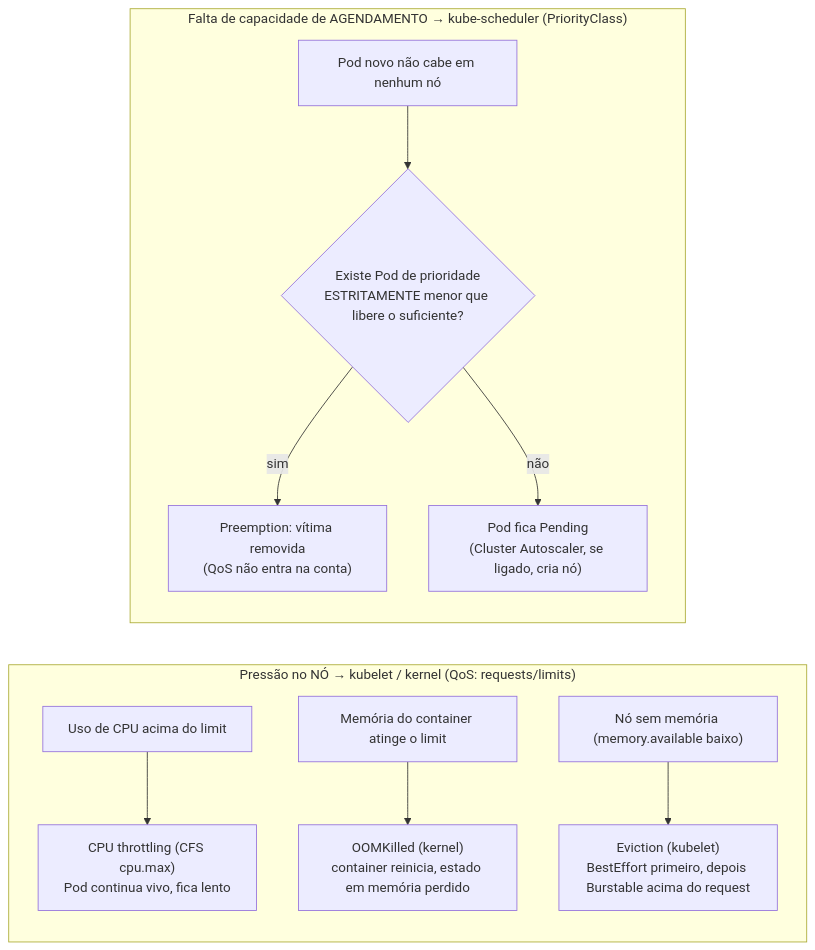
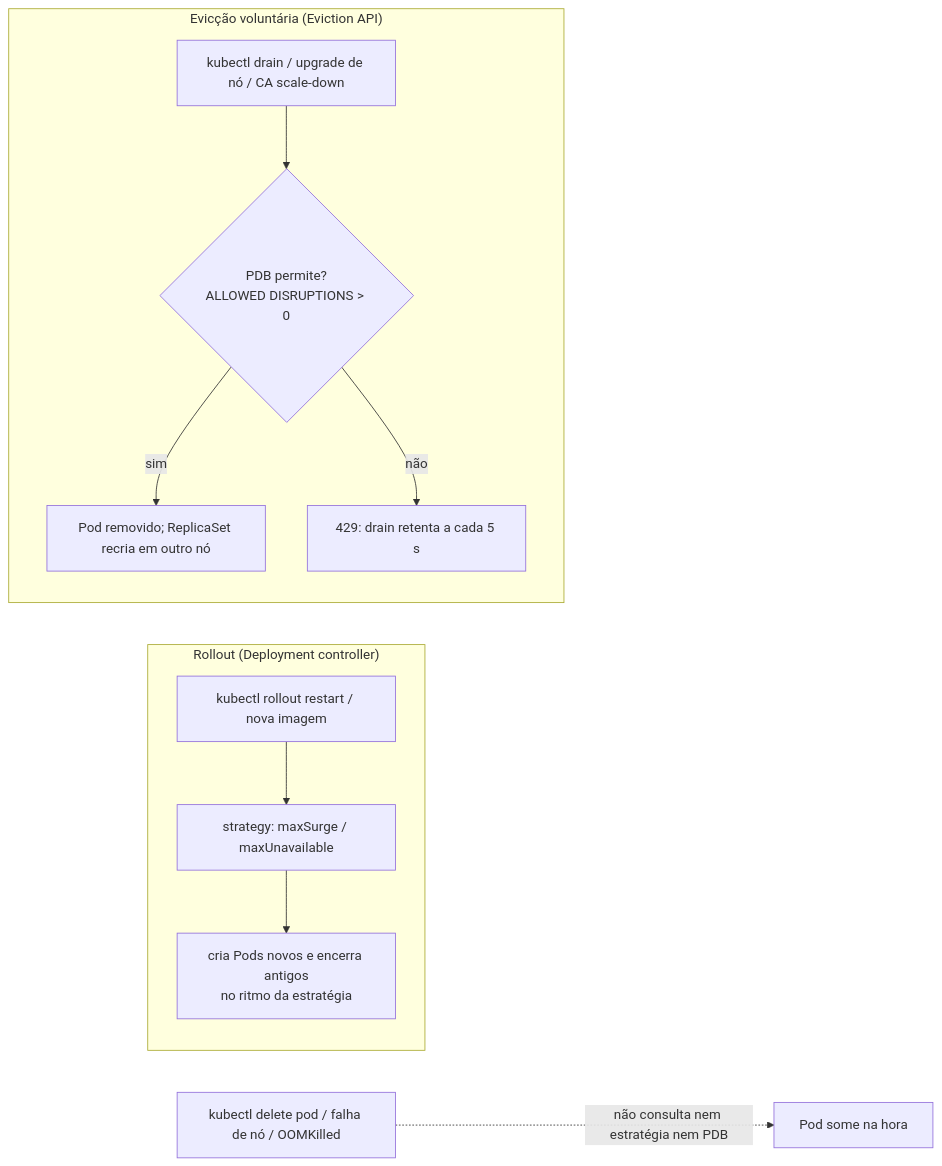
Before and after one commit to opsteam-sreday/workshop-k8s-reliability: the first of 6 diagrams in labs/lab-03/README.md, drawn with Mermaid. The commit also changed other lines of this file and 42 other files, not shown here.

````diff
--- a/labs/lab-03/README.md
+++ b/labs/lab-03/README.md
@@ -21,15 +22,13 @@
 ```mermaid
 flowchart LR
-    subgraph NODE["Pressão no NÓ → kubelet / kernel (QoS: requests/limits)"]
-        direction TB
-        C1["Uso de CPU acima do limit"] --> T1["CPU throttling (CFS cpu.max)<br/>Pod continua vivo, fica lento"]
-        M1["Memória do container atinge o limit"] --> O1["OOMKilled (kernel)<br/>container reinicia, estado em memória perdido"]
-        N1["Nó sem memória (memory.available baixo)"] --> E1["Eviction (kubelet)<br/>BestEffort primeiro, depois Burstable acima do request"]
+    subgraph rollout["Rollout (Deployment controller)"]
+        R1["kubectl rollout restart / nova imagem"] --> R2["strategy: maxSurge / maxUnavailable"]
+        R2 --> R3["cria Pods novos e encerra antigos<br/>no ritmo da estratégia"]
     end
-    subgraph SCHED["Falta de capacidade de AGENDAMENTO → kube-scheduler (PriorityClass)"]
-        direction TB
-        P1["Pod novo não cabe em nenhum nó"] --> P2{"Existe Pod de prioridade<br/>ESTRITAMENTE menor que libere o suficiente?"}
-        P2 -- sim --> P3["Preemption: vítima removida<br/>(QoS não entra na conta)"]
-        P2 -- não --> P4["Pod fica Pending<br/>(Cluster Autoscaler, se ligado, cria nó)"]
+    subgraph evict["Evicção voluntária (Eviction API)"]
+        E1["kubectl drain / upgrade de nó / CA scale-down"] --> E2{"PDB permite?<br/>ALLOWED DISRUPTIONS > 0"}
+        E2 -- sim --> E3["Pod removido; ReplicaSet recria em outro nó"]
+        E2 -- não --> E4["429: drain retenta a cada 5 s"]
     end
+    X1["kubectl delete pod / falha de nó / OOMKilled"] -.->|"não consulta nem estratégia nem PDB"| X2["Pod some na hora"]
 ```
````
